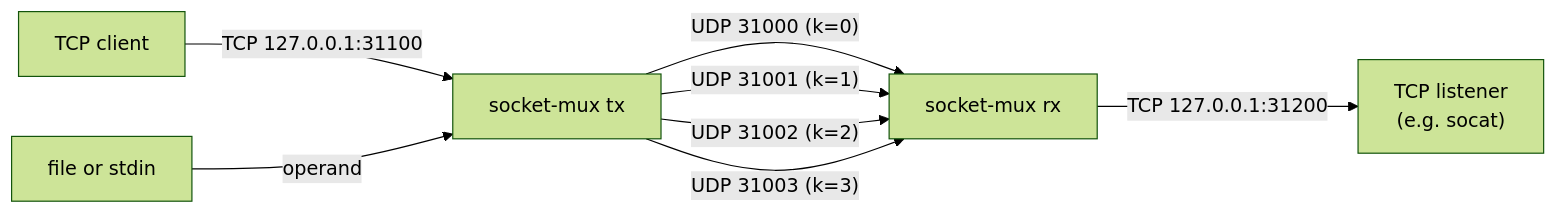
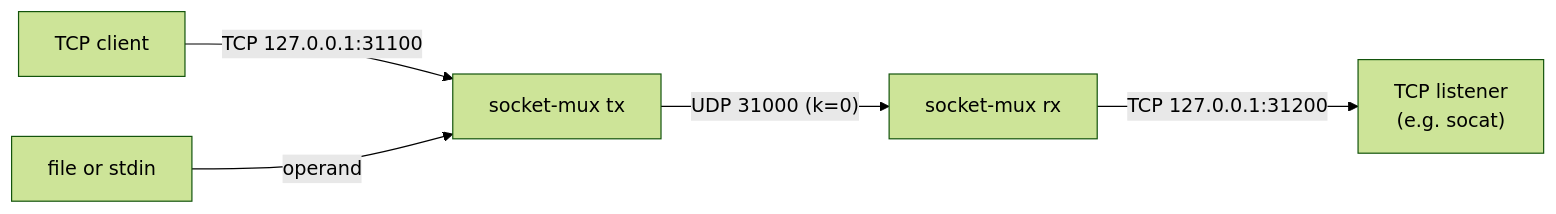
The diagram in README.md (tegonzalez/socket-mux), drawn with Mermaid (forest theme) before and after one commit. The commit also changed other lines of this file and 4 other files, not shown here.

````diff
--- a/README.md
+++ b/README.md
@@ -92,10 +92,7 @@
 ```mermaid
 flowchart LR
   IN["TCP client"] -->|"TCP 127.0.0.1:31100"| TX["socket-mux tx"]
   F["file or stdin"] -->|"operand"| TX
   TX -->|"UDP 31000 (k=0)"| RX["socket-mux rx"]
-  TX -->|"UDP 31001 (k=1)"| RX
-  TX -->|"UDP 31002 (k=2)"| RX
-  TX -->|"UDP 31003 (k=3)"| RX
   RX -->|"TCP 127.0.0.1:31200"| OUT["TCP listener<br/>(e.g. socat)"]
 ```
````
